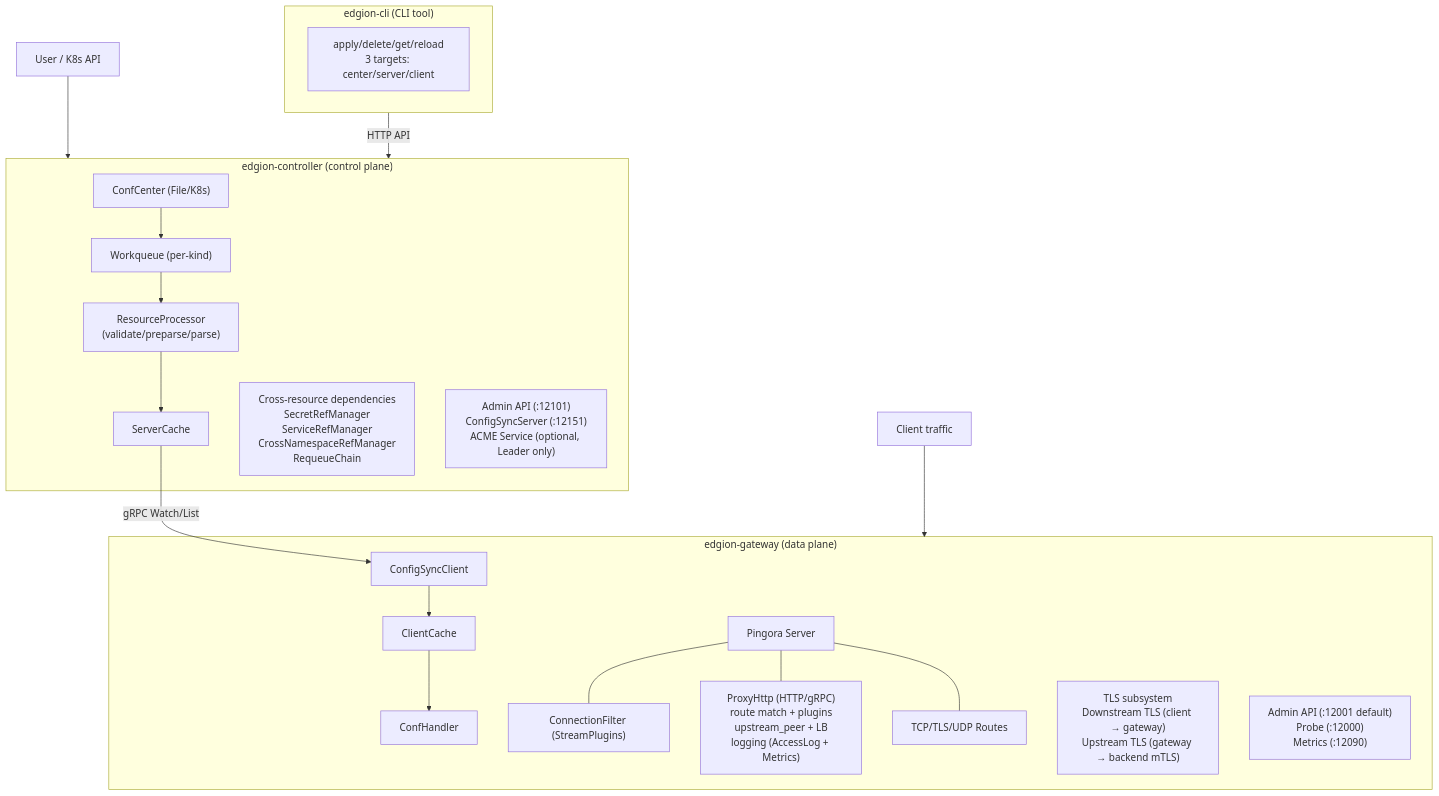
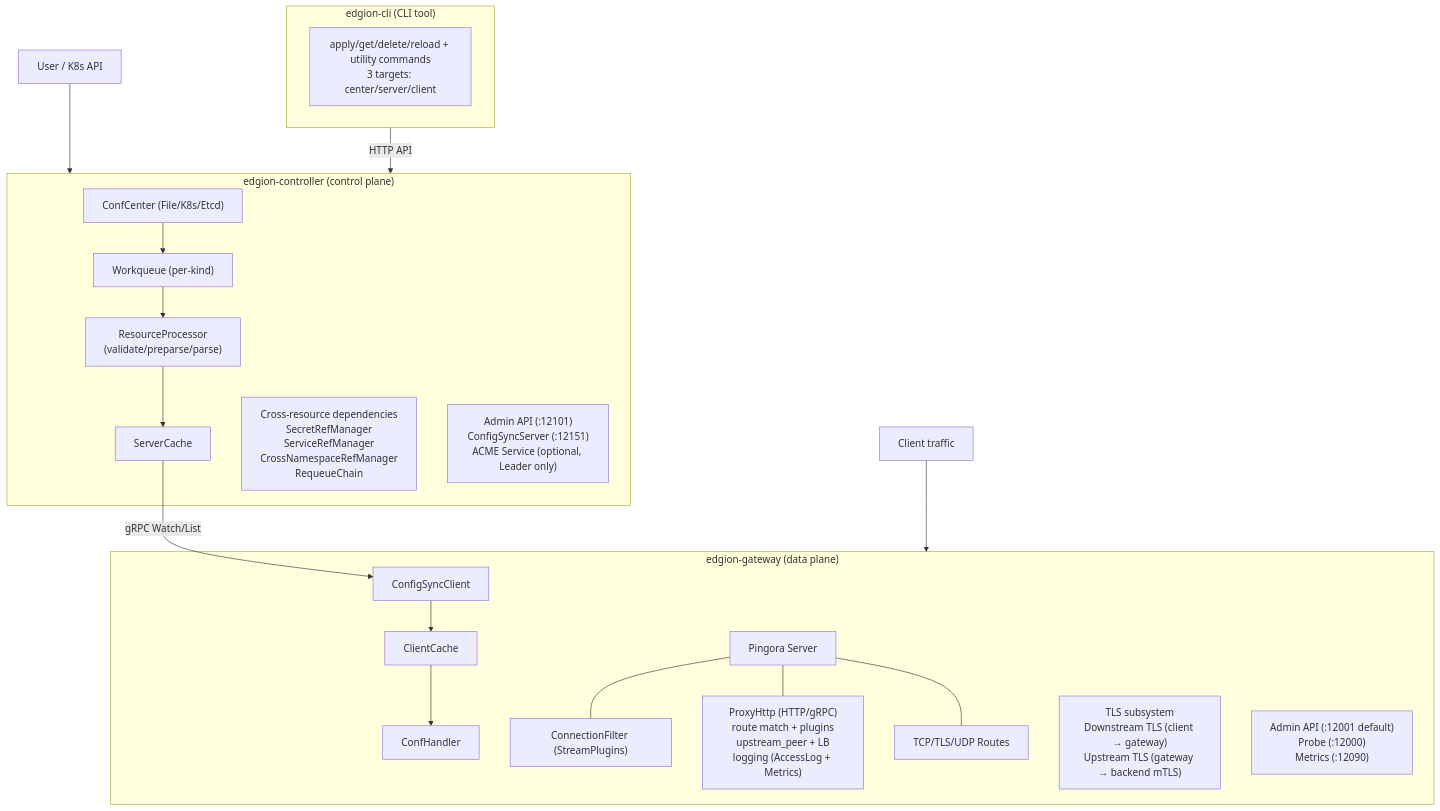
Before and after one commit to Pandaala/Edgion: the diagram in skills/01-architecture/SKILL.md, drawn with Mermaid. The commit also changed other lines of this file and 2559 other files, not shown here.

````diff
--- a/skills/01-architecture/SKILL.md
+++ b/skills/01-architecture/SKILL.md
@@ -14,34 +14,34 @@
 ```mermaid
 flowchart TD
     User["User / K8s API"] --> Controller
     Traffic["Client traffic"] --> Gateway
 
     subgraph Controller["edgion-controller (control plane)"]
-        CC["ConfCenter (File/K8s)"] --> WQ["Workqueue (per-kind)"]
+        CC["ConfCenter (File/K8s/Etcd)"] --> WQ["Workqueue (per-kind)"]
         WQ --> RP["ResourceProcessor\n(validate/preparse/parse)"]
         RP --> SC["ServerCache"]
         CrossRef["Cross-resource dependencies\nSecretRefManager\nServiceRefManager\nCrossNamespaceRefManager\nRequeueChain"]
         CtrlServices["Admin API (:12101)\nConfigSyncServer (:12151)\nACME Service (optional, Leader only)"]
     end
 
     SC -- "gRPC Watch/List" --> SyncClient
 
     subgraph Gateway["edgion-gateway (data plane)"]
         SyncClient["ConfigSyncClient"] --> ClientCache["ClientCache"] --> ConfHandler["ConfHandler"]
         PingoraServer["Pingora Server"]
         ConnFilter["ConnectionFilter (StreamPlugins)"]
         ProxyHttp["ProxyHttp (HTTP/gRPC)\nroute match + plugins\nupstream_peer + LB\nlogging (AccessLog + Metrics)"]
         StreamRoutes["TCP/TLS/UDP Routes"]
         PingoraServer --- ConnFilter
         PingoraServer --- ProxyHttp
         PingoraServer --- StreamRoutes
         TLS["TLS subsystem\nDownstream TLS (client → gateway)\nUpstream TLS (gateway → backend mTLS)"]
         GwServices["Admin API (:12001 default)\nProbe (:12000)\nMetrics (:12090)"]
     end
 
     subgraph CLI["edgion-cli (CLI tool)"]
-        CliOps["apply/delete/get/reload\n3 targets: center/server/client"]
+        CliOps["apply/get/delete/reload + utility commands\n3 targets: center/server/client"]
     end
 
     CLI -- "HTTP API" --> Controller
 ```
````
